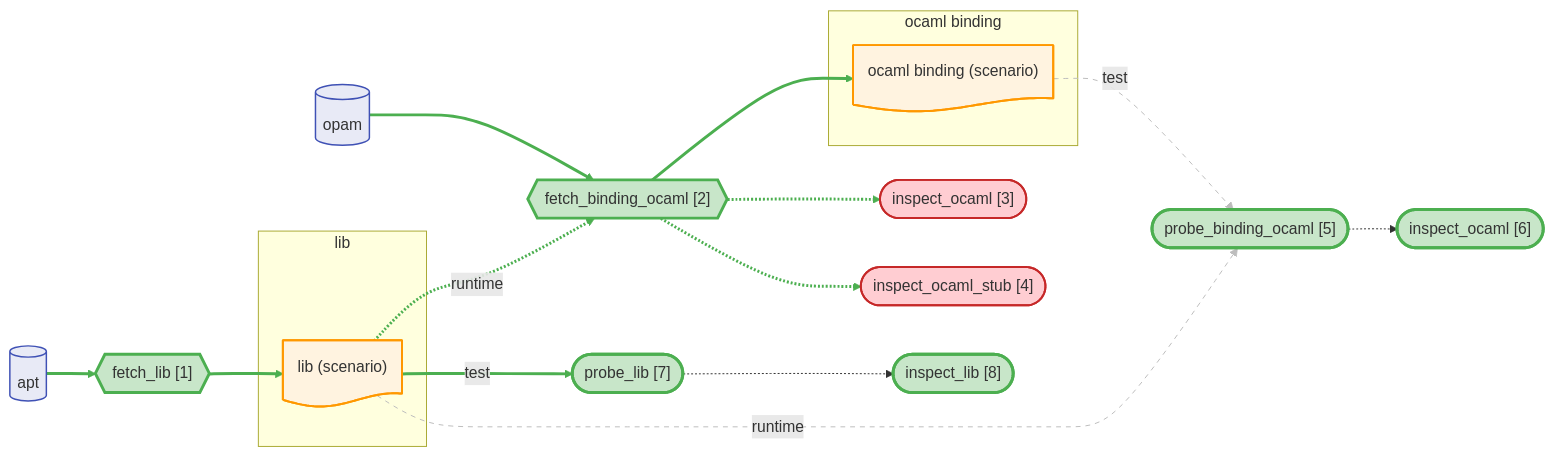
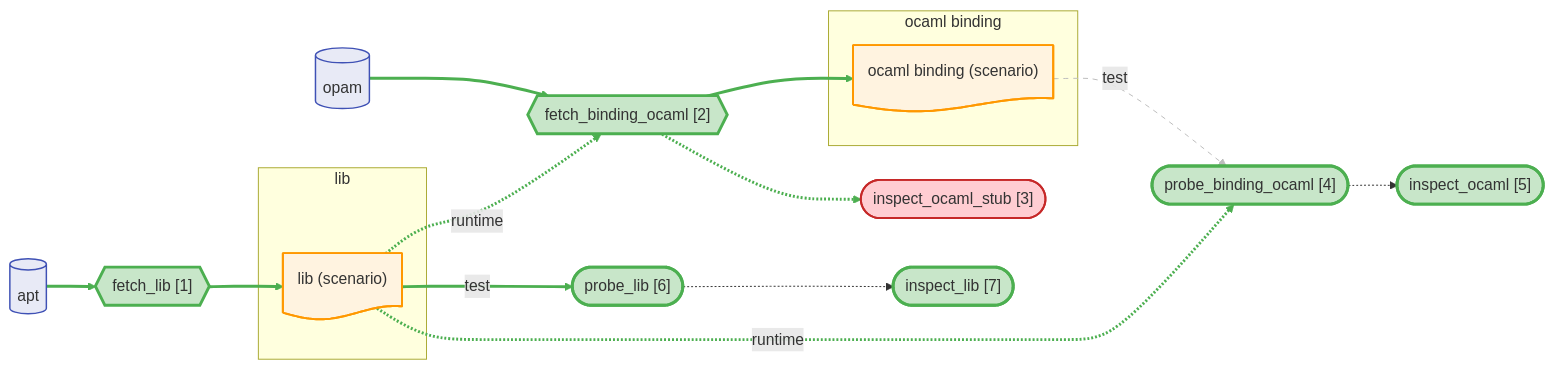
One commit to JHU-PL-Lab/tola changed the diagram in docs/canary/projects/zlib/-run/diagrams/full.mmd. Above: the diagram before and after it, drawn with Mermaid. The commit also changed 34 other files, not shown here.

```diff
--- a/docs/canary/projects/zlib/-run/diagrams/full.mmd
+++ b/docs/canary/projects/zlib/-run/diagrams/full.mmd
@@ -1,61 +1,57 @@
 %% view: full
 graph LR
     subgraph lib_sg ["lib"]
       lib_node@{ shape: doc, label: "lib (scenario)" }
     end
     subgraph ocaml_binding_sg ["ocaml binding"]
       ocaml_binding_node@{ shape: doc, label: "ocaml binding (scenario)" }
     end
 
     apt_store@{ shape: cyl, label: "apt" }
     opam_store@{ shape: cyl, label: "opam" }
 
     A_fetch_lib{{"fetch_lib [1]"}}
     A_fetch_binding_ocaml{{"fetch_binding_ocaml [2]"}}
-    A_fetch_binding_ocaml_inspect(["inspect_ocaml [3]"])
-    A_fetch_binding_ocaml_stub_inspect(["inspect_ocaml_stub [4]"])
-    A_probe_binding_ocaml(["probe_binding_ocaml [5]"])
-    A_probe_binding_ocaml_inspect(["inspect_ocaml [6]"])
-    A_probe_lib(["probe_lib [7]"])
-    A_probe_lib_inspect(["inspect_lib [8]"])
+    A_fetch_binding_ocaml_stub_inspect(["inspect_ocaml_stub [3]"])
+    A_probe_binding_ocaml(["probe_binding_ocaml [4]"])
+    A_probe_binding_ocaml_inspect(["inspect_ocaml [5]"])
+    A_probe_lib(["probe_lib [6]"])
+    A_probe_lib_inspect(["inspect_lib [7]"])
 
     apt_store --> A_fetch_lib --> lib_node
     lib_node -->|test| A_probe_lib
     opam_store --> A_fetch_binding_ocaml --> ocaml_binding_node
     lib_node -.->|runtime| A_fetch_binding_ocaml
     ocaml_binding_node -->|test| A_probe_binding_ocaml
     lib_node -.->|runtime| A_probe_binding_ocaml
-    A_fetch_binding_ocaml -.-> A_fetch_binding_ocaml_inspect
     A_fetch_binding_ocaml -.-> A_fetch_binding_ocaml_stub_inspect
     A_probe_binding_ocaml -.-> A_probe_binding_ocaml_inspect
     A_probe_lib -.-> A_probe_lib_inspect
 
     classDef artifact fill:#fff3e0,stroke:#ff9800,stroke-width:2px
     classDef store fill:#e8eaf6,stroke:#3f51b5,stroke-width:1.5px
     classDef st_done fill:#c8e6c9,stroke:#4caf50,stroke-width:3px
     classDef st_done_ctx fill:#e8f5e9,stroke:#a5d6a7,stroke-width:1.5px
     classDef st_expected_fail fill:#fff9c4,stroke:#f9a825,stroke-width:2px
     classDef st_failed fill:#ffcdd2,stroke:#c62828,stroke-width:2px
     classDef st_skipped fill:#f5f5f5,stroke:#9e9e9e,stroke-dasharray:5
     classDef st_nospec fill:#fafafa,stroke:#bdbdbd,stroke-dasharray:5
     class lib_node,ocaml_binding_node artifact
     class apt_store store
     class opam_store store
     class A_fetch_lib st_done
     class A_fetch_binding_ocaml st_done
-    class A_fetch_binding_ocaml_inspect st_failed
     class A_fetch_binding_ocaml_stub_inspect st_failed
     class A_probe_binding_ocaml st_done
     class A_probe_binding_ocaml_inspect st_done
     class A_probe_lib st_done
     class A_probe_lib_inspect st_done
     linkStyle 0 stroke:#4caf50,stroke-width:3px
     linkStyle 1 stroke:#4caf50,stroke-width:3px
     linkStyle 2 stroke:#4caf50,stroke-width:3px
     linkStyle 3 stroke:#4caf50,stroke-width:3px
     linkStyle 4 stroke:#4caf50,stroke-width:3px
     linkStyle 5 stroke:#4caf50,stroke-width:3px
     linkStyle 6 stroke:#bdbdbd,stroke-width:1px,stroke-dasharray:5
-    linkStyle 7 stroke:#bdbdbd,stroke-width:1px,stroke-dasharray:5
+    linkStyle 7 stroke:#4caf50,stroke-width:3px
     linkStyle 8 stroke:#4caf50,stroke-width:3px
-    linkStyle 9 stroke:#4caf50,stroke-width:3px
```
